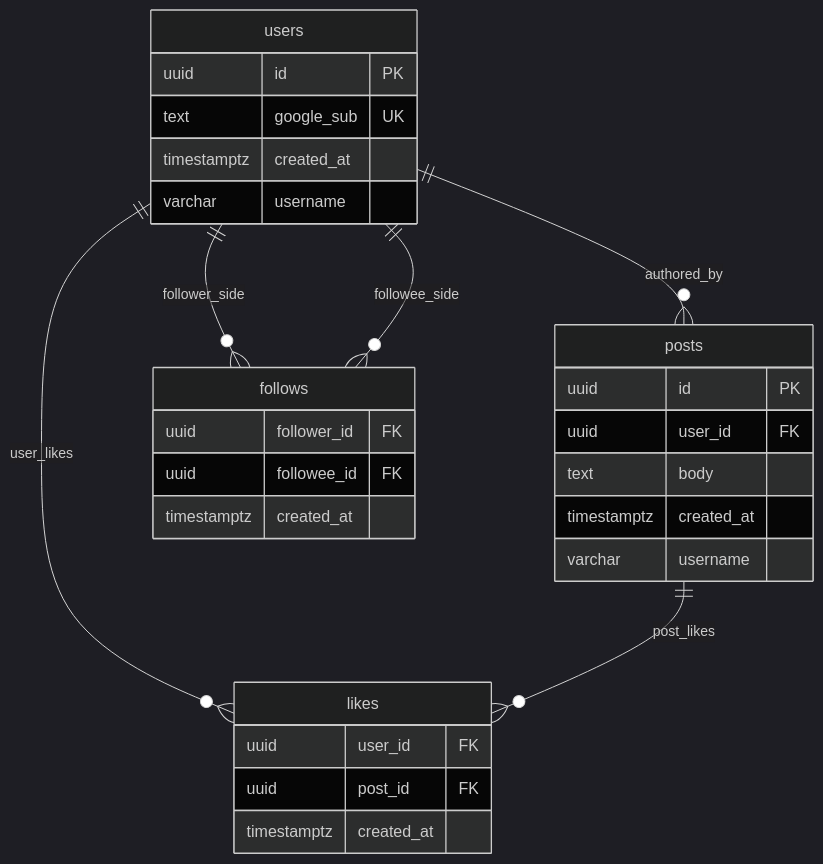
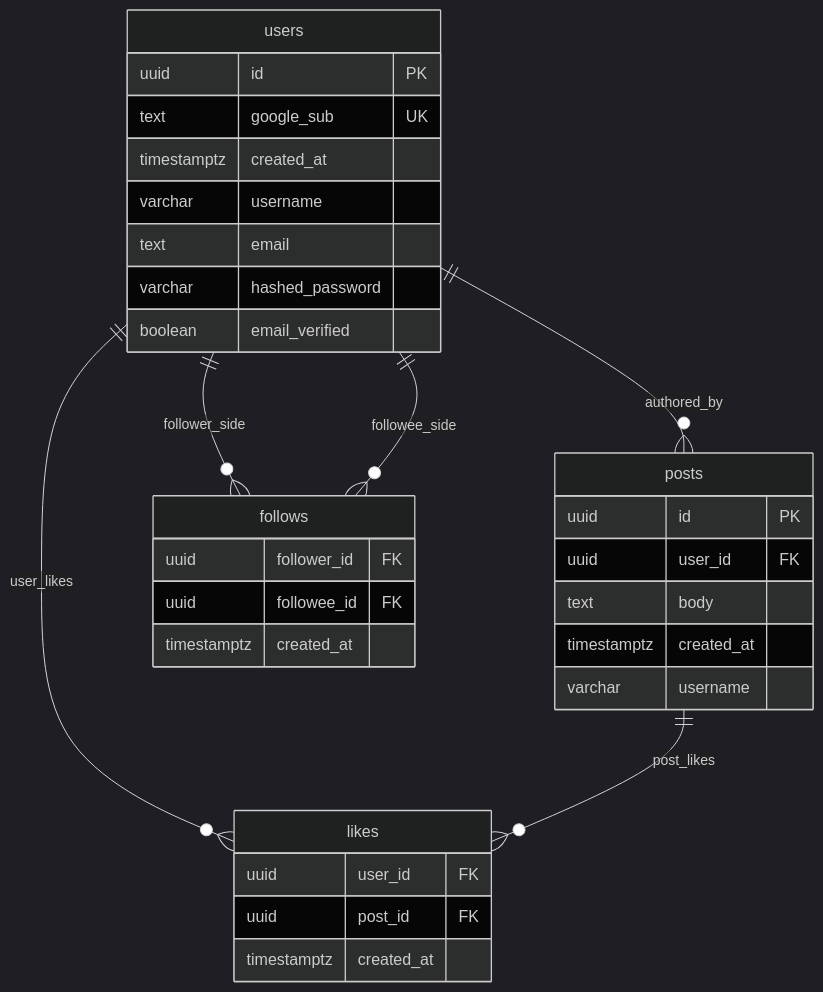
One commit to yyyushiro/mock_SNS changed the third of 3 diagrams in README.md. Above: the diagram before and after it, drawn with Mermaid (dark theme). The commit also changed other lines of this file and 1 other file, not shown here.

````diff
--- a/README.md
+++ b/README.md
@@ -263,31 +265,34 @@
 ```mermaid
 erDiagram
     users ||--o{ posts : authored_by
     users ||--o{ likes : user_likes
     posts ||--o{ likes : post_likes
     users ||--o{ follows : follower_side
     users ||--o{ follows : followee_side
     users {
         uuid id PK
         text google_sub UK
         timestamptz created_at
         varchar username
+        text email
+        varchar hashed_password
+        boolean email_verified
     }
     posts {
         uuid id PK
         uuid user_id FK
         text body
         timestamptz created_at
         varchar username
     }
     likes {
         uuid user_id FK
         uuid post_id FK
         timestamptz created_at
     }
     follows {
         uuid follower_id FK
         uuid followee_id FK
         timestamptz created_at
     }
 ```
````
